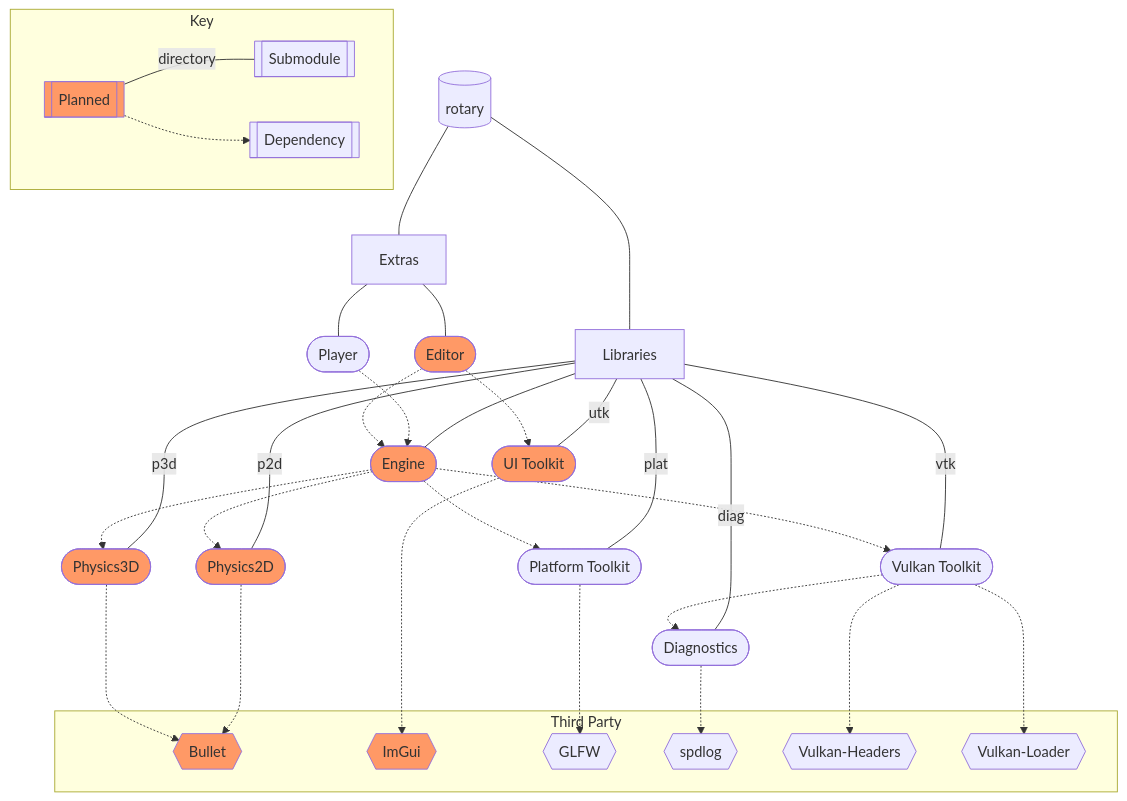
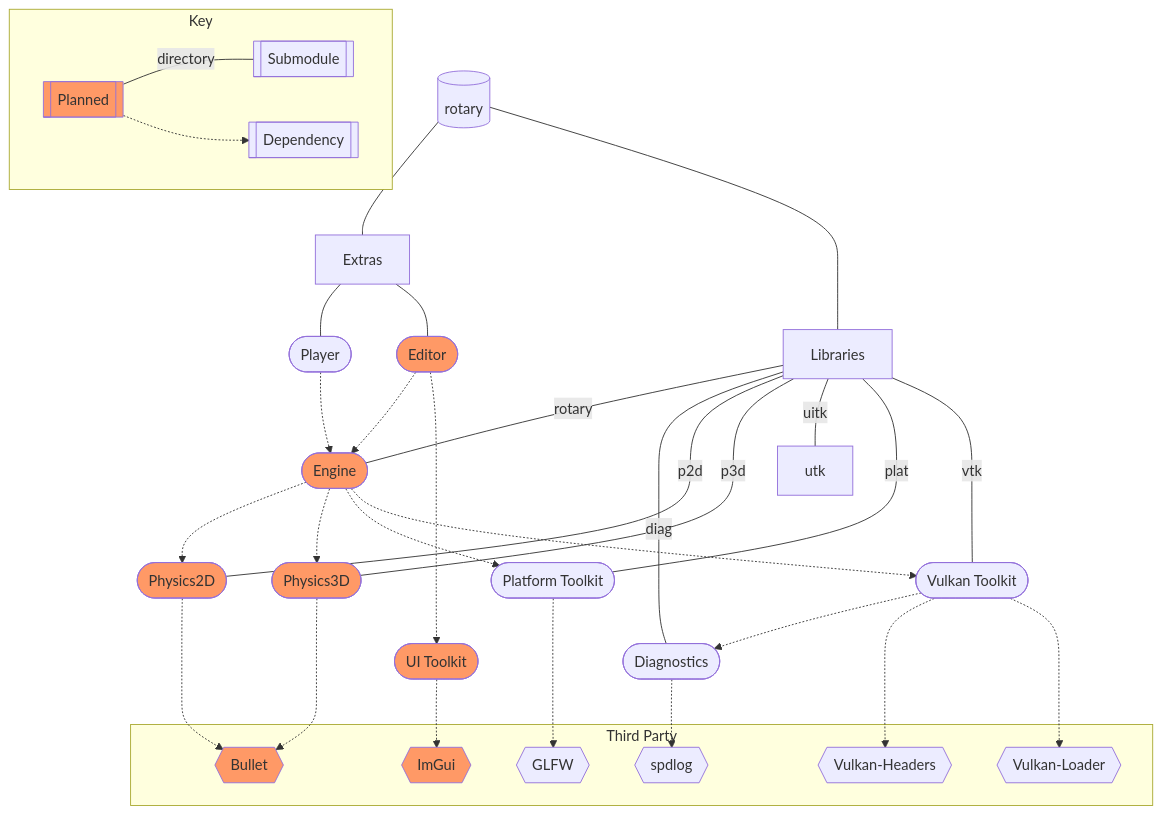
Before and after one commit to Tetrago/rotary: the diagram in docs/docs/project-structure.md, drawn with Mermaid.

Commit message:
Update project structure diagram

````diff
--- a/docs/docs/project-structure.md
+++ b/docs/docs/project-structure.md
@@ -7,75 +7,75 @@
 ```mermaid
 flowchart TD
     rotary[(rotary)]
 
     extras[Extras]
     player([Player])
     editor([Editor])
 
     libs[Libraries]
     diag([Diagnostics])
     engine([Engine])
     p2d([Physics2D])
     p3d([Physics3D])
     plat([Platform Toolkit])
-    utk([UI Toolkit])
+    uitk([UI Toolkit])
     vtk([Vulkan Toolkit])
 
     subgraph "Third Party"
         bullet{{Bullet}}
         imgui{{ImGui}}
         glfw{{GLFW}}
         spdlog{{spdlog}}
         vulkan_headers{{Vulkan-Headers}}
         vulkan_loader{{Vulkan-Loader}}
     end
 
     rotary --- extras & libs
     extras --- player & editor
-    libs --- engine
+    libs -- rotary --- engine
     libs -- diag --- diag
     libs -- p2d --- p2d
     libs -- p3d --- p3d
-    libs -- utk --- utk
+    libs -- uitk --- utk
     libs -- plat --- plat
     libs -- vtk --- vtk
 
     player -.-> engine
-    editor -.-> engine & utk
+    editor -.-> engine & uitk
 
     diag -.-> spdlog
     engine -.-> p2d & p3d & plat & vtk
     p2d -.-> bullet
     p3d -.-> bullet
     plat -.-> glfw
-    utk -.-> imgui
+    uitk -.-> imgui
     vtk -.-> diag & vulkan_headers & vulkan_loader
 
     click bullet "https://github.com/bulletphysics/bullet3" _blank
     click imgui "https://github.com/ocornut/imgui" _blank
     click glfw "https://www.glfw.org/" _blank
     click spdlog "https://github.com/gabime/spdlog" _blank
     click vulkan_headers "https://github.com/KhronosGroup/Vulkan-Headers" _blank
     click vulkan_loader "https://github.com/KhronosGroup/Vulkan-Loader" _blank
 
     style editor fill:#f96
 
     style engine fill:#f96
     style p2d fill:#f96
     style p3d fill:#f96
-    style utk fill:#f96
+    style uitk fill:#f96
 
     style bullet fill:#f96
     style imgui fill:#f96
 
     planned[[Planned]]
     dependency[[Dependency]]
     submodule[[Submodule]]
 
     subgraph "Key"
         planned -- directory --- submodule
         planned -.-> dependency
     end
 
     style planned fill:#f96
 ```
````
